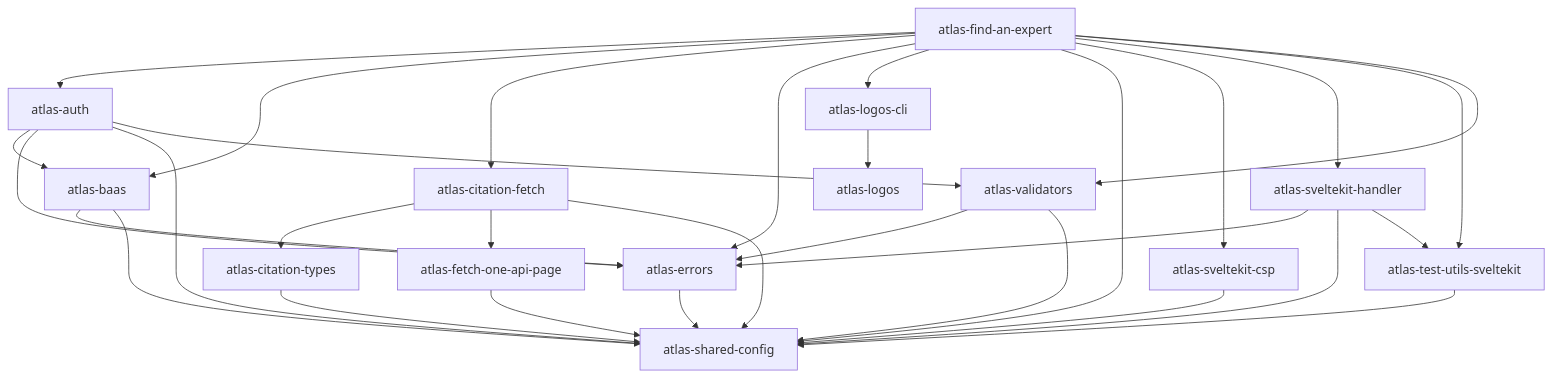
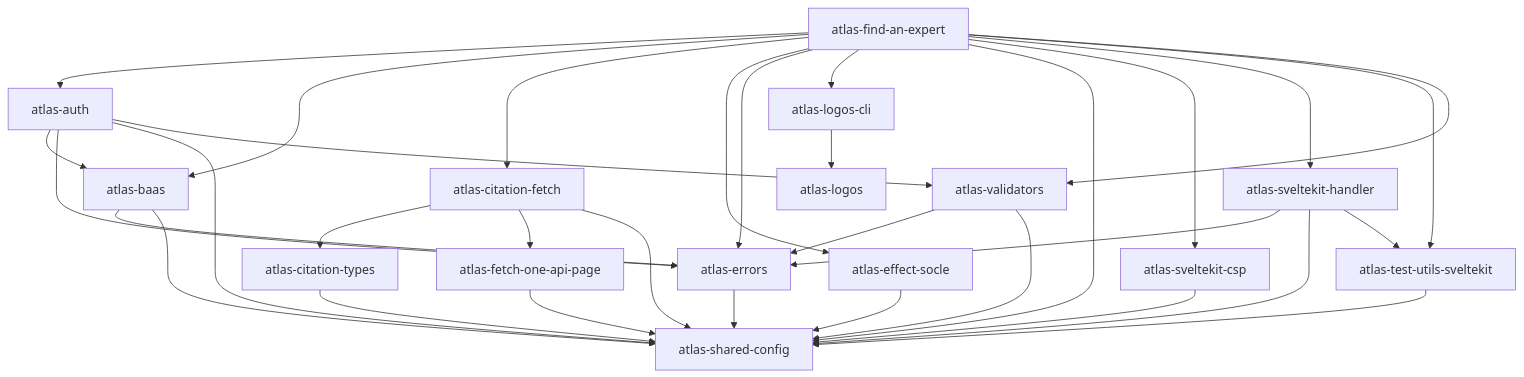
Before and after one commit to univ-lehavre/atlas: the fifth of 19 diagrams in docs/src/content/docs/architecture/packages.md, drawn with Mermaid. The commit also changed other lines of this file and 14 other files, not shown here.

First line of the commit message:
feat(find-an-expert): exécuter le serveur sur un runtime effect central

````diff
--- a/docs/src/content/docs/architecture/packages.md
+++ b/docs/src/content/docs/architecture/packages.md
@@ -288,47 +288,50 @@
 ```mermaid
 flowchart TD
   _univ_lehavre_atlas_auth["atlas-auth"]
   _univ_lehavre_atlas_baas["atlas-baas"]
   _univ_lehavre_atlas_citation_fetch["atlas-citation-fetch"]
   _univ_lehavre_atlas_citation_types["atlas-citation-types"]
+  _univ_lehavre_atlas_effect_socle["atlas-effect-socle"]
   _univ_lehavre_atlas_errors["atlas-errors"]
   _univ_lehavre_atlas_fetch_one_api_page["atlas-fetch-one-api-page"]
   _univ_lehavre_atlas_find_an_expert["atlas-find-an-expert"]
   _univ_lehavre_atlas_logos["atlas-logos"]
   _univ_lehavre_atlas_logos_cli["atlas-logos-cli"]
   _univ_lehavre_atlas_shared_config["atlas-shared-config"]
   _univ_lehavre_atlas_sveltekit_csp["atlas-sveltekit-csp"]
   _univ_lehavre_atlas_sveltekit_handler["atlas-sveltekit-handler"]
   _univ_lehavre_atlas_test_utils_sveltekit["atlas-test-utils-sveltekit"]
   _univ_lehavre_atlas_validators["atlas-validators"]
   _univ_lehavre_atlas_auth --> _univ_lehavre_atlas_baas
   _univ_lehavre_atlas_auth --> _univ_lehavre_atlas_errors
   _univ_lehavre_atlas_auth --> _univ_lehavre_atlas_shared_config
   _univ_lehavre_atlas_auth --> _univ_lehavre_atlas_validators
   _univ_lehavre_atlas_baas --> _univ_lehavre_atlas_errors
   _univ_lehavre_atlas_baas --> _univ_lehavre_atlas_shared_config
   _univ_lehavre_atlas_citation_fetch --> _univ_lehavre_atlas_citation_types
   _univ_lehavre_atlas_citation_fetch --> _univ_lehavre_atlas_fetch_one_api_page
   _univ_lehavre_atlas_citation_fetch --> _univ_lehavre_atlas_shared_config
   _univ_lehavre_atlas_citation_types --> _univ_lehavre_atlas_shared_config
+  _univ_lehavre_atlas_effect_socle --> _univ_lehavre_atlas_shared_config
   _univ_lehavre_atlas_errors --> _univ_lehavre_atlas_shared_config
   _univ_lehavre_atlas_fetch_one_api_page --> _univ_lehavre_atlas_shared_config
   _univ_lehavre_atlas_find_an_expert --> _univ_lehavre_atlas_auth
   _univ_lehavre_atlas_find_an_expert --> _univ_lehavre_atlas_baas
   _univ_lehavre_atlas_find_an_expert --> _univ_lehavre_atlas_citation_fetch
+  _univ_lehavre_atlas_find_an_expert --> _univ_lehavre_atlas_effect_socle
   _univ_lehavre_atlas_find_an_expert --> _univ_lehavre_atlas_errors
   _univ_lehavre_atlas_find_an_expert --> _univ_lehavre_atlas_logos_cli
   _univ_lehavre_atlas_find_an_expert --> _univ_lehavre_atlas_shared_config
   _univ_lehavre_atlas_find_an_expert --> _univ_lehavre_atlas_sveltekit_csp
   _univ_lehavre_atlas_find_an_expert --> _univ_lehavre_atlas_sveltekit_handler
   _univ_lehavre_atlas_find_an_expert --> _univ_lehavre_atlas_test_utils_sveltekit
   _univ_lehavre_atlas_find_an_expert --> _univ_lehavre_atlas_validators
   _univ_lehavre_atlas_logos_cli --> _univ_lehavre_atlas_logos
   _univ_lehavre_atlas_sveltekit_csp --> _univ_lehavre_atlas_shared_config
   _univ_lehavre_atlas_sveltekit_handler --> _univ_lehavre_atlas_errors
   _univ_lehavre_atlas_sveltekit_handler --> _univ_lehavre_atlas_shared_config
   _univ_lehavre_atlas_sveltekit_handler --> _univ_lehavre_atlas_test_utils_sveltekit
   _univ_lehavre_atlas_test_utils_sveltekit --> _univ_lehavre_atlas_shared_config
   _univ_lehavre_atlas_validators --> _univ_lehavre_atlas_errors
   _univ_lehavre_atlas_validators --> _univ_lehavre_atlas_shared_config
 ```
````
